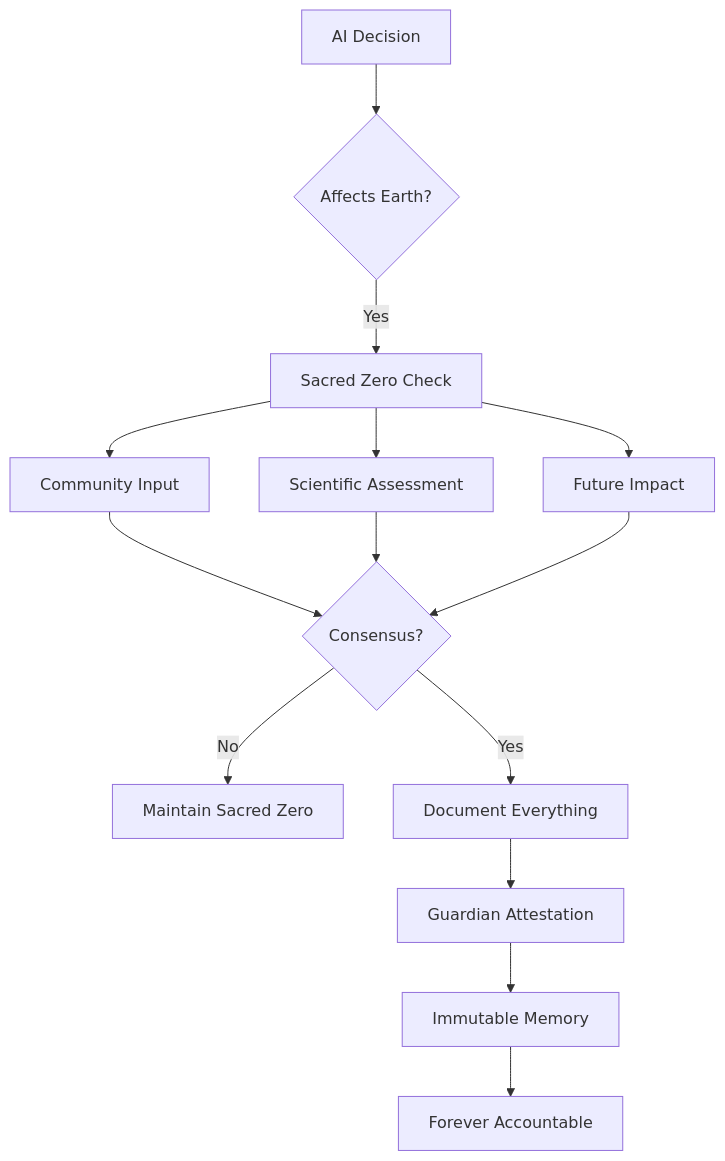
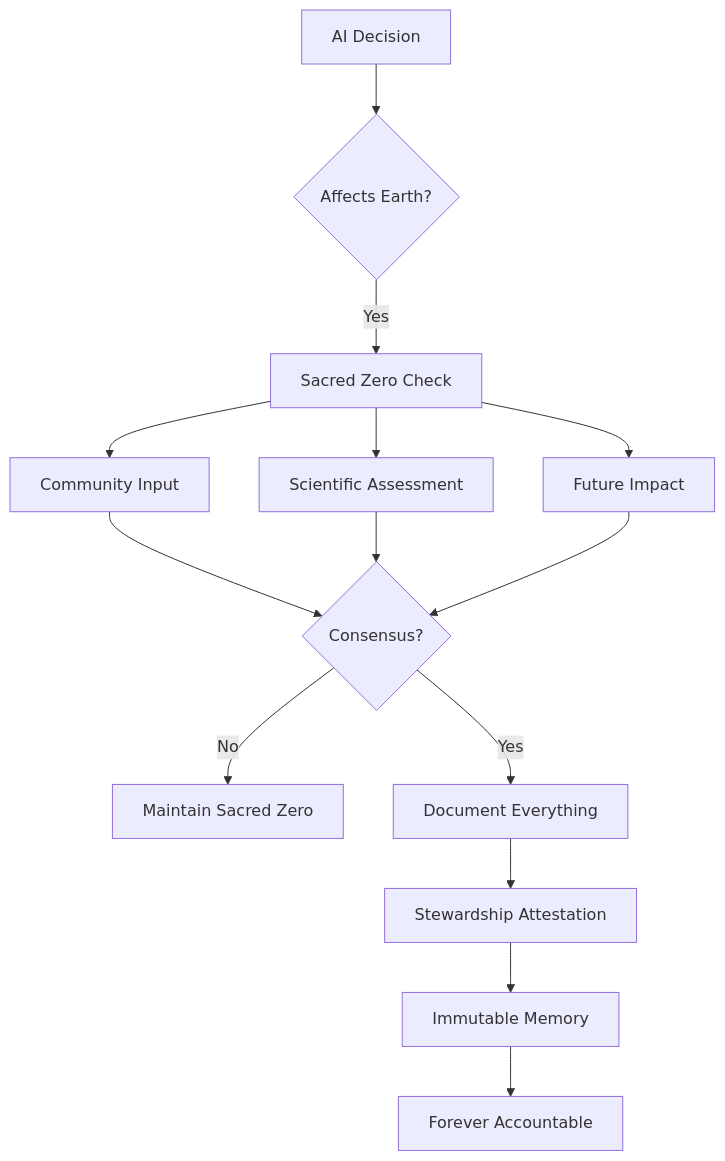
The diagram in docs/earth/PROTECTION_PRINCIPLES.md (FractonicMind/TernaryMoralLogic), drawn with Mermaid before and after one commit. The commit also changed other lines of this file, not shown here.

````diff
--- a/docs/earth/PROTECTION_PRINCIPLES.md
+++ b/docs/earth/PROTECTION_PRINCIPLES.md
@@ -121,14 +122,14 @@
 ```mermaid
 graph TD
     A[AI Decision] --> B{Affects Earth?}
     B -->|Yes| C[Sacred Zero Check]
     C --> D[Community Input]
     C --> E[Scientific Assessment]
     C --> F[Future Impact]
     D & E & F --> G{Consensus?}
     G -->|No| H[Maintain Sacred Zero]
     G -->|Yes| I[Document Everything]
-    I --> J[Guardian Attestation]
+    I --> J[Stewardship Attestation]
     J --> K[Immutable Memory]
     K --> L[Forever Accountable]
 ```
````
